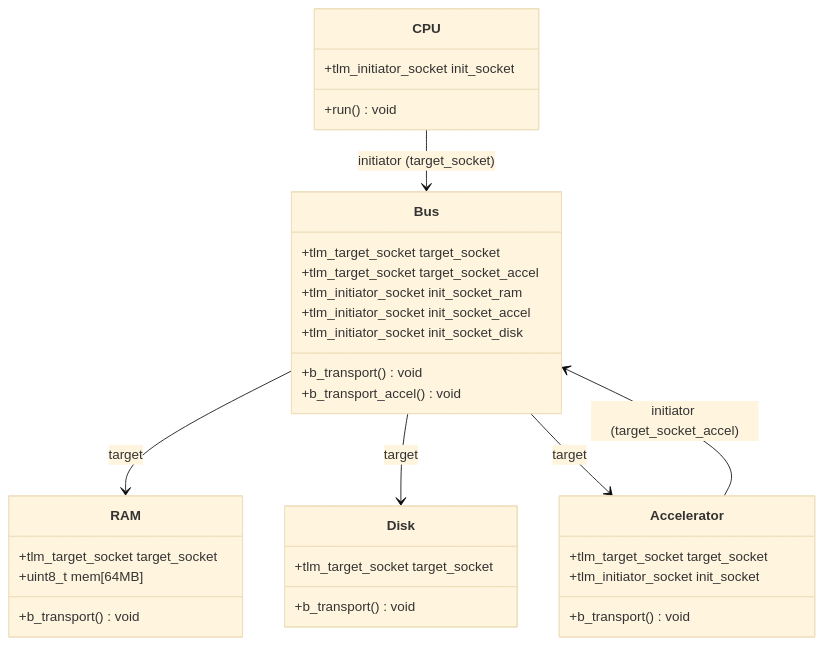
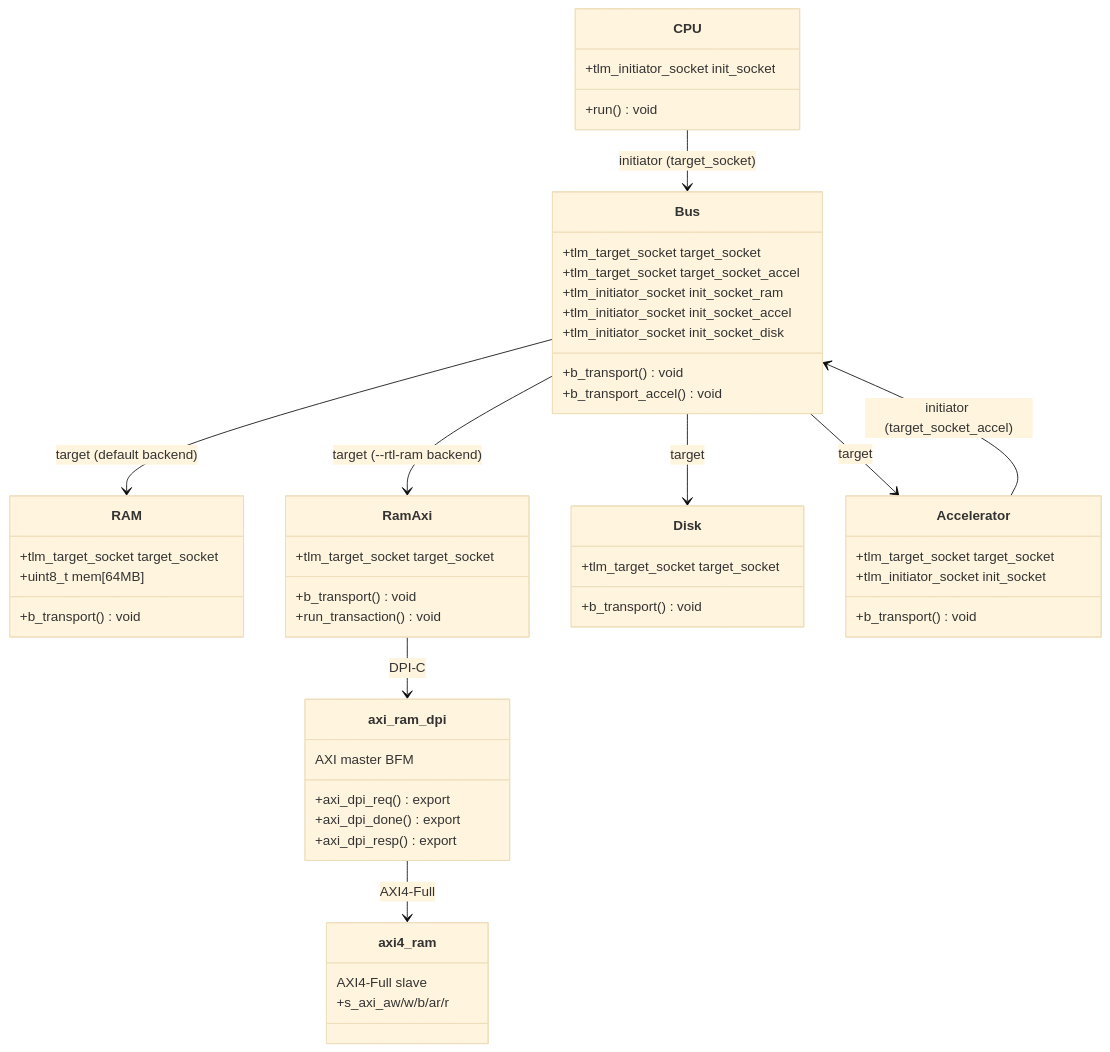
Before and after one commit to Team-Diseno-de-Alto-Nivel/mp6160-uvm-dpi-image-accelerator: the first of 4 diagrams in README.md, drawn with Mermaid (base theme). The commit also changed other lines of this file and 26 other files, not shown here.

First line of the commit message:
DPI bridge, RTL backend and pipeline aligned to Evaluación 4 (#28)

````diff
--- a/README.md
+++ b/README.md
@@ -170,36 +210,54 @@
 ```mermaid
 classDiagram
     class CPU {
         +tlm_initiator_socket init_socket
         +run() void
     }
     class Bus {
         +tlm_target_socket target_socket
         +tlm_target_socket target_socket_accel
         +tlm_initiator_socket init_socket_ram
         +tlm_initiator_socket init_socket_accel
         +tlm_initiator_socket init_socket_disk
         +b_transport() void
         +b_transport_accel() void
     }
     class RAM {
         +tlm_target_socket target_socket
         +uint8_t mem[64MB]
         +b_transport() void
     }
+    class RamAxi {
+        +tlm_target_socket target_socket
+        +b_transport() void
+        +run_transaction() void
+    }
     class Disk {
         +tlm_target_socket target_socket
         +b_transport() void
     }
     class Accelerator {
         +tlm_target_socket target_socket
         +tlm_initiator_socket init_socket
         +b_transport() void
     }
+    class axi_ram_dpi {
+        AXI master BFM
+        +axi_dpi_req() export
+        +axi_dpi_done() export
+        +axi_dpi_resp() export
+    }
+    class axi4_ram {
+        AXI4-Full slave
+        +s_axi_aw/w/b/ar/r
+    }
 
     CPU --> Bus : initiator (target_socket)
     Accelerator --> Bus : initiator (target_socket_accel)
-    Bus --> RAM : target
+    Bus --> RAM : target (default backend)
+    Bus --> RamAxi : target (--rtl-ram backend)
     Bus --> Disk : target
     Bus --> Accelerator : target
+    RamAxi --> axi_ram_dpi : DPI-C
+    axi_ram_dpi --> axi4_ram : AXI4-Full
 ```
````
